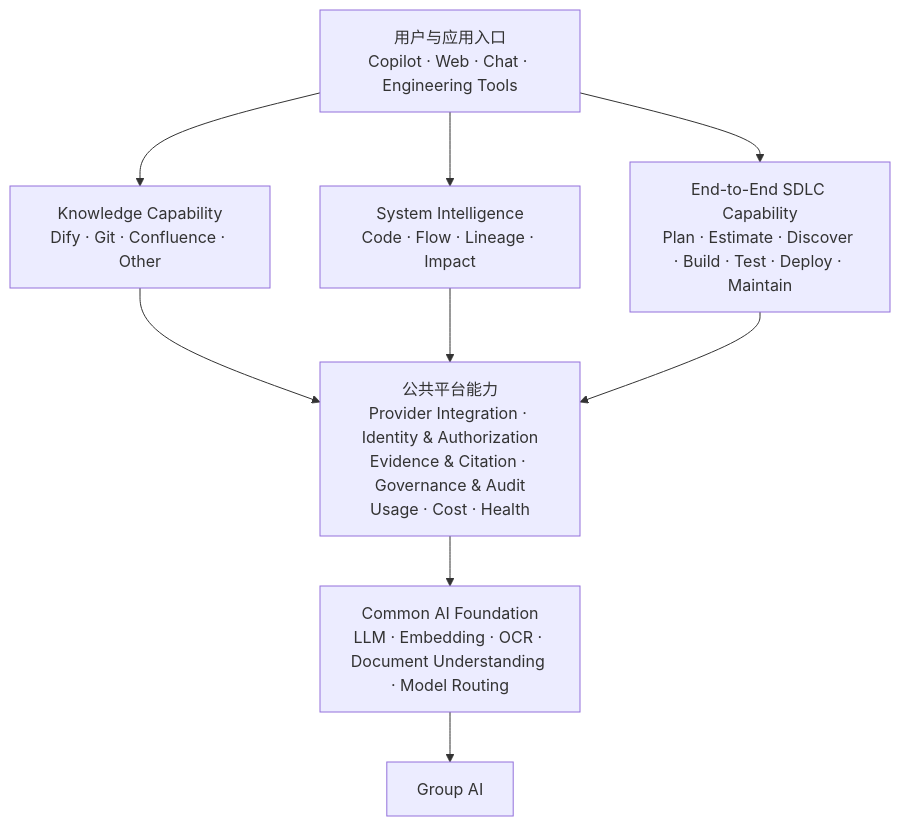
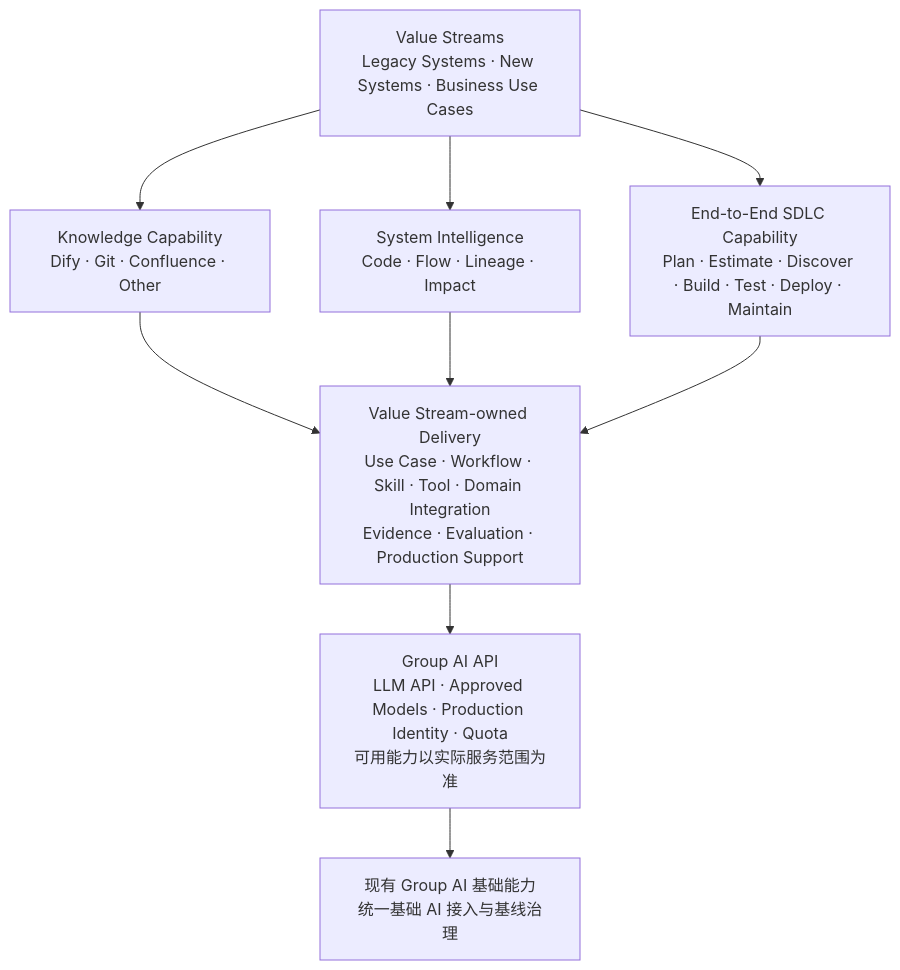
One commit to wwa-lab/atlas-knowledge-base changed the diagram in docs/product/prototypes/common_ai_platform_management_update_cn.md. Above: the diagram before and after it, drawn with Mermaid. The commit also changed other lines of this file and 3 other files, not shown here.

````diff
--- a/docs/product/prototypes/common_ai_platform_management_update_cn.md
+++ b/docs/product/prototypes/common_ai_platform_management_update_cn.md
@@ -161,21 +192,21 @@
 ```mermaid
 flowchart TB
-    UX["用户与应用入口<br/>Copilot · Web · Chat · Engineering Tools"]
+    V["Value Streams<br/>Legacy Systems · New Systems · Business Use Cases"]
 
     K["Knowledge Capability<br/>Dify · Git · Confluence · Other"]
     S["System Intelligence<br/>Code · Flow · Lineage · Impact"]
     E["End-to-End SDLC Capability<br/>Plan · Estimate · Discover · Build · Test · Deploy · Maintain"]
 
-    P["公共平台能力<br/>Provider Integration · Identity & Authorization<br/>Evidence & Citation · Governance & Audit<br/>Usage · Cost · Health"]
-    F["Common AI Foundation<br/>LLM · Embedding · OCR · Document Understanding · Model Routing"]
-    G["Group AI"]
+    W["Value Stream-owned Delivery<br/>Use Case · Workflow · Skill · Tool · Domain Integration<br/>Evidence · Evaluation · Production Support"]
+    A["Group AI API<br/>LLM API · Approved Models · Production Identity · Quota<br/>可用能力以实际服务范围为准"]
+    G["现有 Group AI 基础能力<br/>统一基础 AI 接入与基线治理"]
 
-    UX --> K
-    UX --> S
-    UX --> E
-    K --> P
-    S --> P
-    E --> P
-    P --> F
-    F --> G
+    V --> K
+    V --> S
+    V --> E
+    K --> W
+    S --> W
+    E --> W
+    W --> A
+    A --> G
 ```
````
